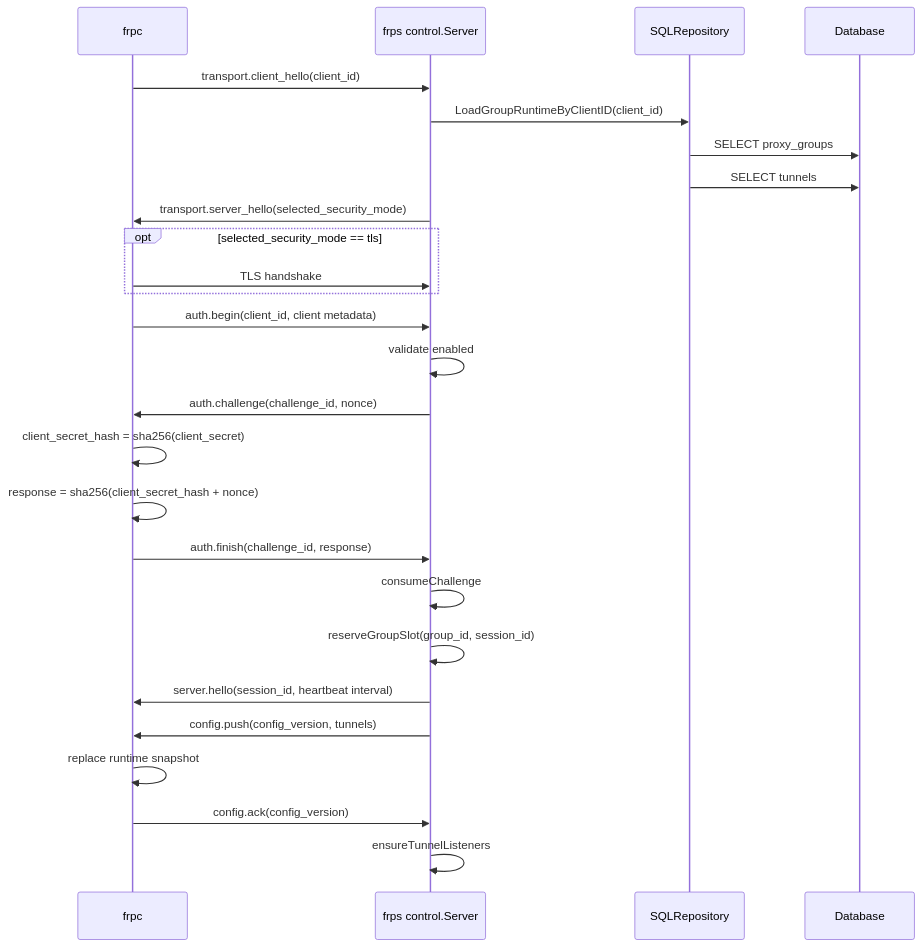
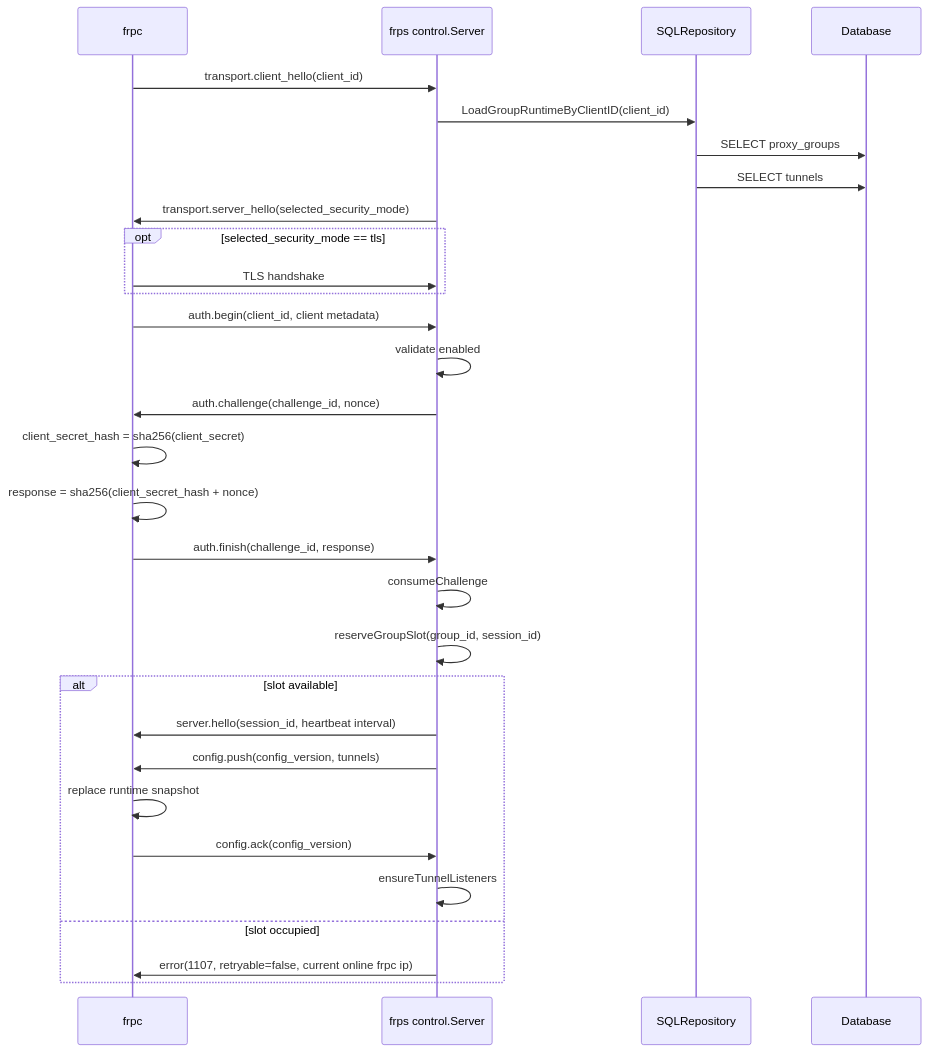
The fourth of 6 diagrams in docs/frps-frpc-current-architecture.md (Zightch/frp), drawn with Mermaid before and after one commit. The commit also changed other lines of this file and 7 other files, not shown here.

````diff
--- a/docs/frps-frpc-current-architecture.md
+++ b/docs/frps-frpc-current-architecture.md
@@ -134,29 +134,33 @@
 ```mermaid
 sequenceDiagram
     participant C as frpc
     participant S as frps control.Server
     participant R as SQLRepository
     participant D as Database
 
     C->>S: transport.client_hello(client_id)
     S->>R: LoadGroupRuntimeByClientID(client_id)
     R->>D: SELECT proxy_groups
     R->>D: SELECT tunnels
     S->>C: transport.server_hello(selected_security_mode)
     opt selected_security_mode == tls
         C->>S: TLS handshake
     end
     C->>S: auth.begin(client_id, client metadata)
     S->>S: validate enabled
     S->>C: auth.challenge(challenge_id, nonce)
     C->>C: client_secret_hash = sha256(client_secret)
     C->>C: response = sha256(client_secret_hash + nonce)
     C->>S: auth.finish(challenge_id, response)
     S->>S: consumeChallenge
     S->>S: reserveGroupSlot(group_id, session_id)
-    S->>C: server.hello(session_id, heartbeat interval)
-    S->>C: config.push(config_version, tunnels)
-    C->>C: replace runtime snapshot
-    C->>S: config.ack(config_version)
-    S->>S: ensureTunnelListeners
+    alt slot available
+        S->>C: server.hello(session_id, heartbeat interval)
+        S->>C: config.push(config_version, tunnels)
+        C->>C: replace runtime snapshot
+        C->>S: config.ack(config_version)
+        S->>S: ensureTunnelListeners
+    else slot occupied
+        S->>C: error(1107, retryable=false, current online frpc ip)
+    end
 ```
````
